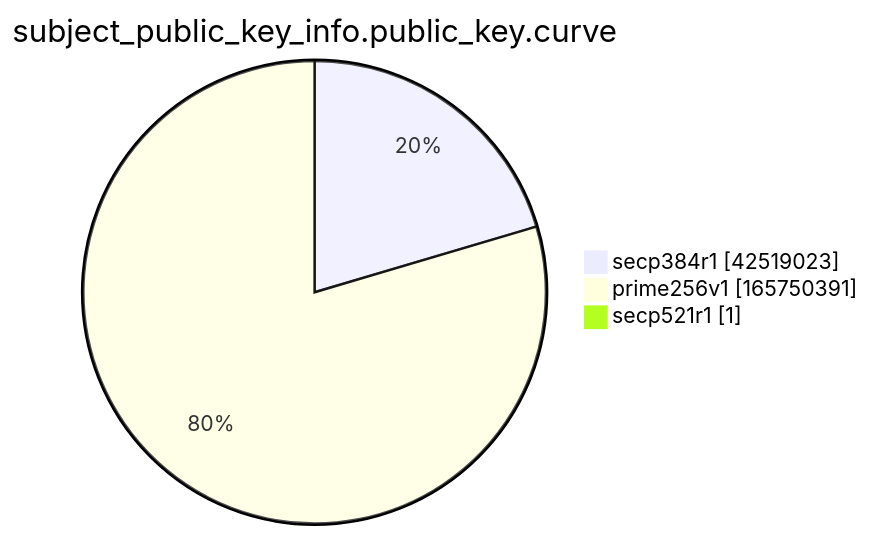
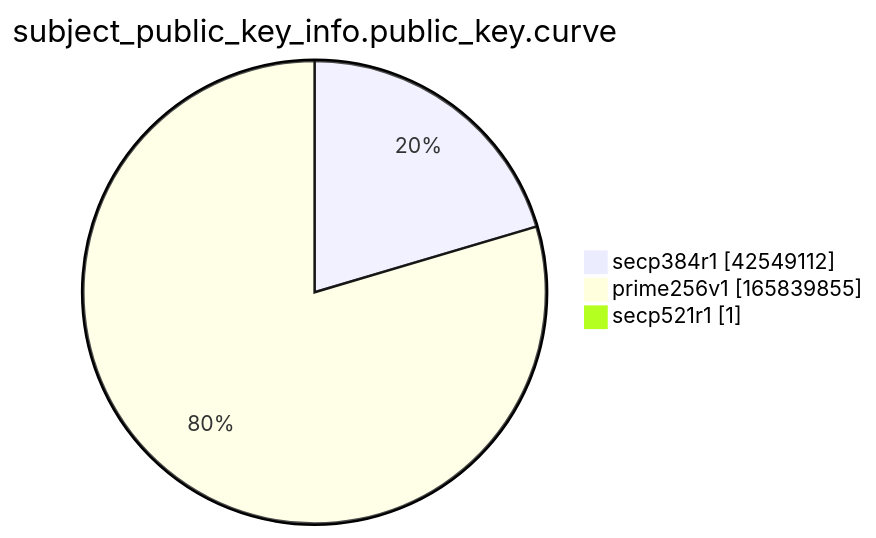
Before and after one commit to christiankrug/ctmonitor_visualization: the ninth of 15 diagrams in xenon2022/README.md, drawn with Mermaid. The commit also changed other lines of this file, not shown here.

````diff
--- a/xenon2022/README.md
+++ b/xenon2022/README.md
@@ -2869,7 +2869,7 @@
 ```mermaid
 pie showData
 title subject_public_key_info.public_key.curve
-"secp384r1" :42519023
-"prime256v1" :165750391
+"secp384r1" :42549112
+"prime256v1" :165839855
 "secp521r1" :1
 ```
````
